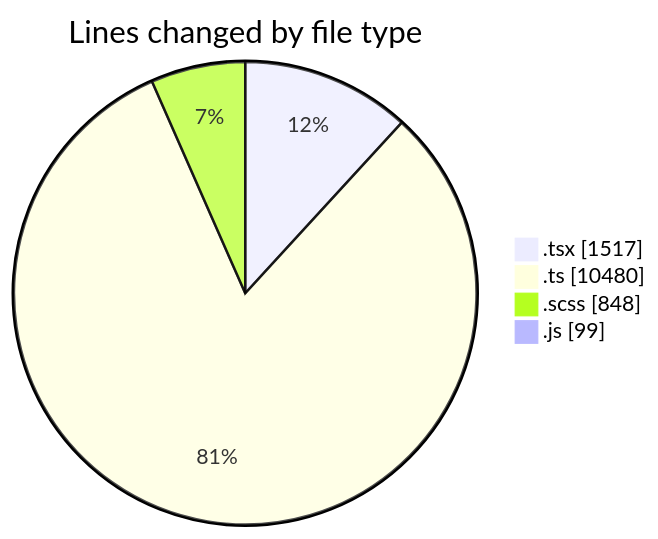
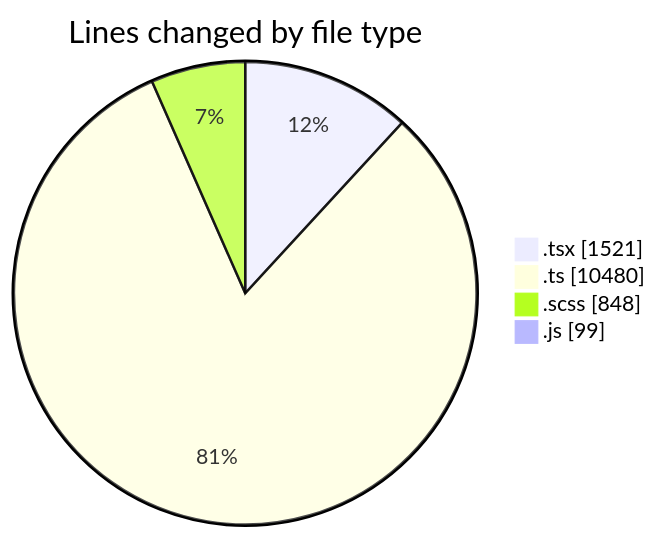
Before and after one commit to momahboobian/code-tracking: the first of 2 diagrams in 2025-03-26/cda/README.md, drawn with Mermaid. The commit also changed other lines of this file and 1 other file, not shown here.

````diff
--- a/2025-03-26/cda/README.md
+++ b/2025-03-26/cda/README.md
@@ -44,8 +44,8 @@
 ```mermaid
 pie showData
 title Lines changed by file type
-".tsx" : 1517
+".tsx" : 1521
 ".ts" : 10480
 ".scss" : 848
 ".js" : 99
 ```
````
